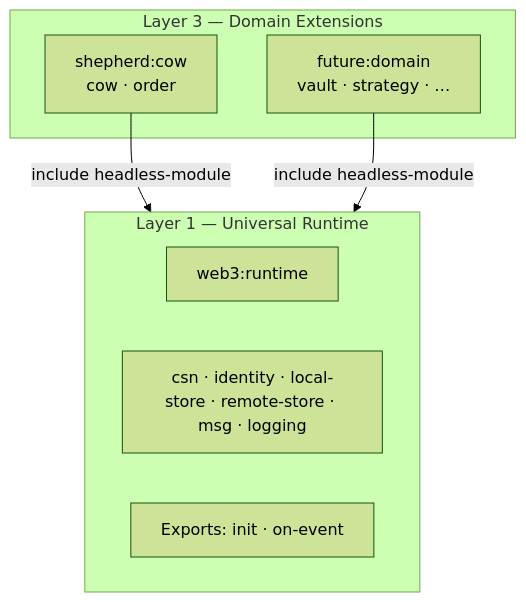
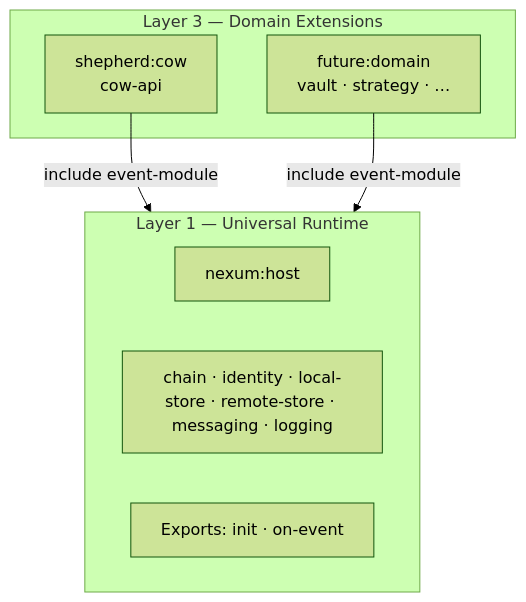
Before and after one commit to bleu/nullis-shepherd: the second of 3 diagrams in docs/00-overview.md, drawn with Mermaid (forest theme). The commit also changed other lines of this file and 45 other files, not shown here.

First line of the commit message:
Migrate to nexum:runtime@0.2.0 (unified error model, identity, capabilities) (#6)

````diff
--- a/docs/00-overview.md
+++ b/docs/00-overview.md
@@ -80,16 +103,16 @@
 ```mermaid
 graph TB
     subgraph l3["Layer 3 — Domain Extensions"]
-        cow["shepherd:cow\ncow · order"]
+        cow["shepherd:cow\ncow-api"]
         other["future:domain\nvault · strategy · …"]
     end
 
     subgraph l1["Layer 1 — Universal Runtime"]
-        pkg["web3:runtime"]
-        ifaces["csn · identity · local-store · remote-store · msg · logging"]
+        pkg["nexum:host"]
+        ifaces["chain · identity · local-store · remote-store · messaging · logging"]
         exports["Exports: init · on-event"]
     end
 
-    cow -->|include headless-module| l1
-    other -->|include headless-module| l1
+    cow -->|include event-module| l1
+    other -->|include event-module| l1
 ```
````
